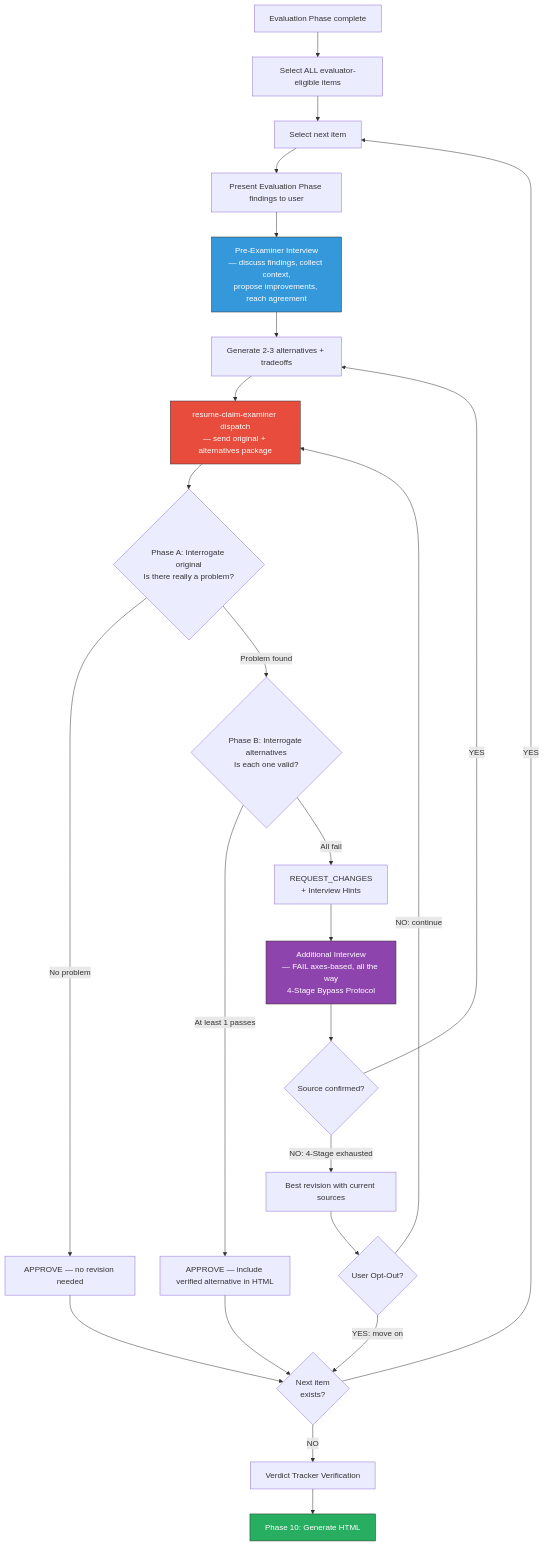
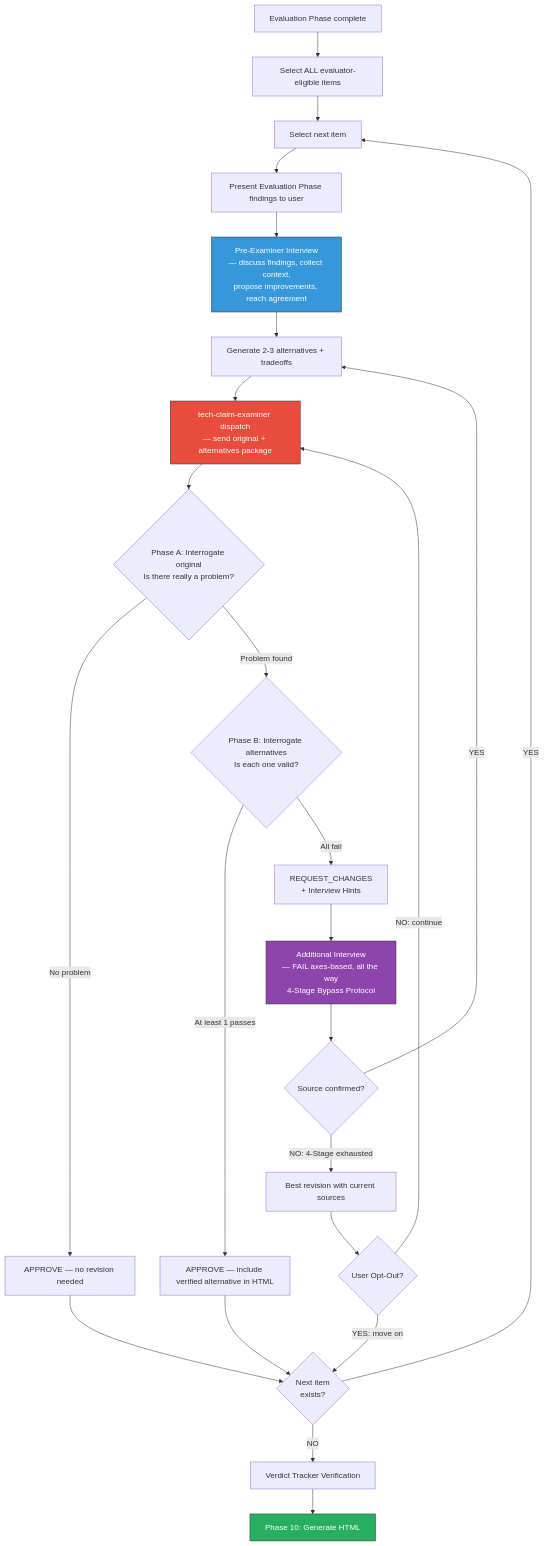
The diagram in skills/review-resume/references/content-quality-gate.md (toongri/oh-my-toong-playground), drawn with Mermaid before and after one commit. The commit also changed other lines of this file and 11 other files, not shown here.

Commit message:
rename: resume-claim-examiner를 tech-claim-examiner로 전면 변경

````diff
--- a/skills/review-resume/references/content-quality-gate.md
+++ b/skills/review-resume/references/content-quality-gate.md
@@ -323,36 +323,36 @@
 ```mermaid
 flowchart TB
     A[Evaluation Phase complete] --> B[Select ALL evaluator-eligible items]
     B --> C[Select next item]
     C --> PRESENT[Present Evaluation Phase findings to user]
     PRESENT --> INTERVIEW_PRE[Pre-Examiner Interview\n— discuss findings, collect context,\npropose improvements, reach agreement]
     INTERVIEW_PRE --> D[Generate 2-3 alternatives + tradeoffs]
-    D --> H[resume-claim-examiner dispatch\n— send original + alternatives package]
+    D --> H[tech-claim-examiner dispatch\n— send original + alternatives package]
 
     H --> DIAG{Phase A: Interrogate original\nIs there really a problem?}
     DIAG -->|No problem| APPROVE_ORIG[APPROVE — no revision needed]
     DIAG -->|Problem found| ALTEVAL{Phase B: Interrogate alternatives\nIs each one valid?}
 
     ALTEVAL -->|At least 1 passes| APPROVE_ALT[APPROVE — include verified alternative in HTML]
     ALTEVAL -->|All fail| K[REQUEST_CHANGES\n+ Interview Hints]
 
     K --> L[Additional Interview\n— FAIL axes-based, all the way\n4-Stage Bypass Protocol]
     L --> M{Source confirmed?}
     M -->|YES| D
     M -->|NO: 4-Stage exhausted| N[Best revision with current sources]
     N --> O{User Opt-Out?}
     O -->|YES: move on| J
     O -->|NO: continue| H
 
     APPROVE_ORIG --> J{Next item\nexists?}
     APPROVE_ALT --> J
 
     J -->|YES| C
     J -->|NO| VERDICT[Verdict Tracker Verification]
     VERDICT --> P[Phase 10: Generate HTML]
 
     style H fill:#e74c3c,stroke:#333,color:#fff
     style INTERVIEW_PRE fill:#3498db,stroke:#333,color:#fff
     style L fill:#8e44ad,stroke:#333,color:#fff
     style P fill:#27ae60,stroke:#333,color:#fff
 ```
````
